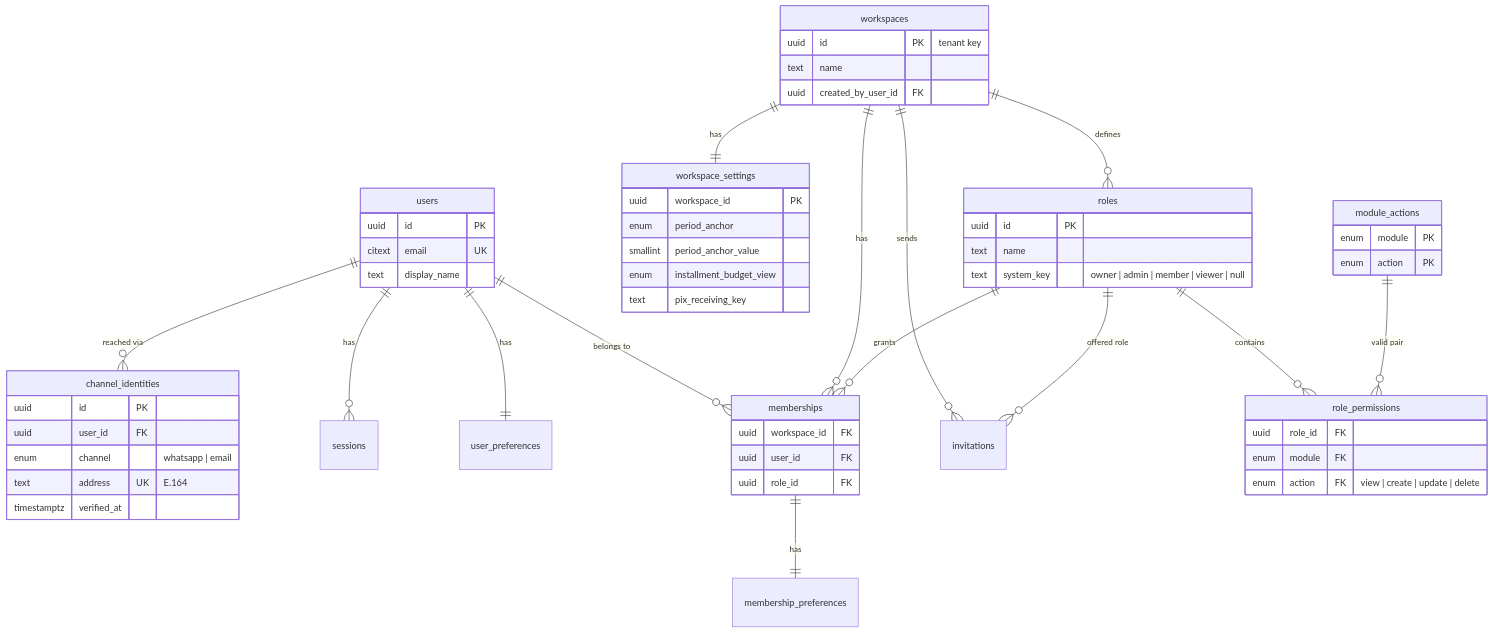
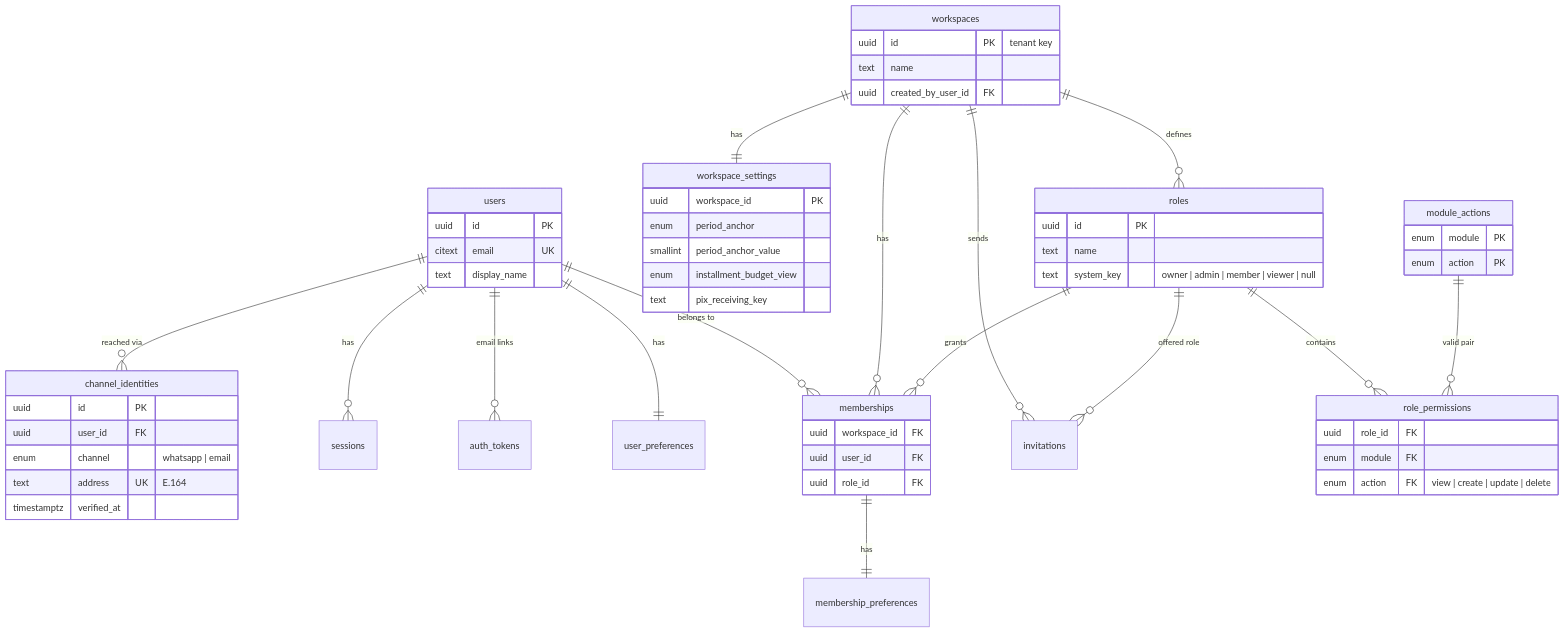
One commit to ricci-labs/financas changed the first of 5 diagrams in docs/domain/model/diagrams.md. Above: the diagram before and after it, drawn with Mermaid. The commit also changed other lines of this file and 13 other files, not shown here.

First line of the commit message:
docs(adr): record auth, email and instance configuration decisions (#29)

````diff
--- a/docs/domain/model/diagrams.md
+++ b/docs/domain/model/diagrams.md
@@ -15,60 +15,61 @@
 ```mermaid
 erDiagram
     users ||--o{ channel_identities : "reached via"
     users ||--o{ sessions : has
+    users ||--o{ auth_tokens : "email links"
     users ||--|| user_preferences : has
     users ||--o{ memberships : "belongs to"
     workspaces ||--o{ memberships : has
     workspaces ||--|| workspace_settings : has
     workspaces ||--o{ roles : defines
     workspaces ||--o{ invitations : sends
     roles ||--o{ memberships : grants
     roles ||--o{ role_permissions : contains
     module_actions ||--o{ role_permissions : "valid pair"
     memberships ||--|| membership_preferences : has
     roles ||--o{ invitations : "offered role"
 
     users {
         uuid id PK
         citext email UK
         text display_name
     }
     channel_identities {
         uuid id PK
         uuid user_id FK
         enum channel "whatsapp | email"
         text address UK "E.164"
         timestamptz verified_at
     }
     workspaces {
         uuid id PK "tenant key"
         text name
         uuid created_by_user_id FK
     }
     memberships {
         uuid workspace_id FK
         uuid user_id FK
         uuid role_id FK
     }
     roles {
         uuid id PK
         text name
         text system_key "owner | admin | member | viewer | null"
     }
     role_permissions {
         uuid role_id FK
         enum module FK
         enum action FK "view | create | update | delete"
     }
     module_actions {
         enum module PK
         enum action PK
     }
     workspace_settings {
         uuid workspace_id PK
         enum period_anchor
         smallint period_anchor_value
         enum installment_budget_view
         text pix_receiving_key
     }
 ```
````
